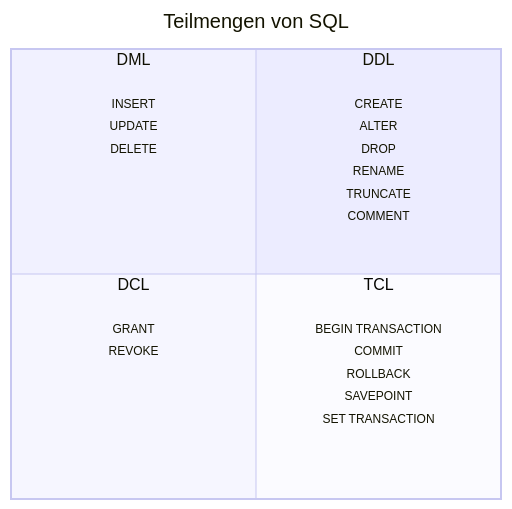
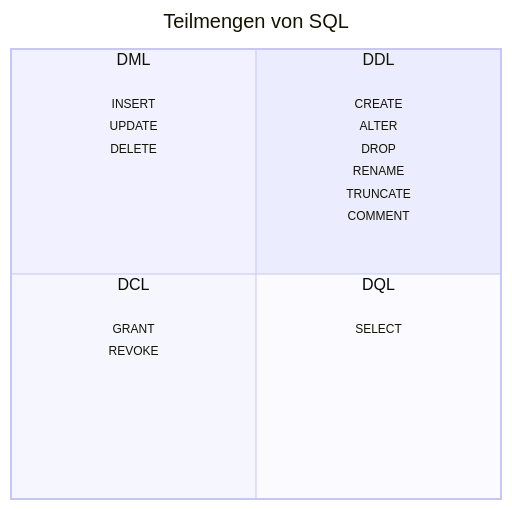
The diagram in doq/sql2.md (nevsglueckauf/2doList), drawn with Mermaid before and after one commit. The commit also changed other lines of this file and 1 other file, not shown here.

````diff
--- a/doq/sql2.md
+++ b/doq/sql2.md
@@ -3,42 +14,39 @@
 ``` mermaid
 %%{init: "quadrantChart": {"chartWidth": 1650, "chartHeight": 700}, 
          "themeVariables": {"quadrant1TextFill": "#ff0000",
                             "quadrant3TextFill": "#00ff00",
                             "quadrant3TextFill": "#ff0000",
                             "quadrant4TextFill": "#ff00ff",
                             "fillType0": "#ff00f0",
                             "fillType1": "#0000f0",
          } 
          
          
          }%%
 quadrantChart
     title Teilmengen von SQL
     quadrant-1 DDL 
     quadrant-2 DML
     quadrant-3 DCL
-    quadrant-4 TCL
+    quadrant-4 DQL
     
     INSERT: [0.25, 0.9] color: #00ff33, radius: 0
     UPDATE: [0.25, 0.85] color:  #00ff33, radius: 0
     DELETE: [0.25, 0.80] color:  #00ff33, radius: 0
 
     CREATE: [0.75, 0.9] color:  #ff0000, radius: 0
     ALTER : [0.75, 0.85] color:  #ff0000, radius: 0
     DROP: [0.75, 0.8] color:  #ff0000, radius: 0
     RENAME : [0.75, 0.75] color:  #ff0000, radius: 0
     TRUNCATE : [0.75, 0.7] color:  #ff0000, radius: 0
     COMMENT : [0.75, 0.65] color:  #ff0000, radius: 0
 
 
     GRANT : [0.25, 0.4] color: #ffffff,  radius: 0
     REVOKE: [0.25, 0.35] color: #ffffff,  radius: 0
+
+    SELECT: [0.75, 0.4] color: #ffff00, radius: 0
     
     
-    BEGIN TRANSACTION: [0.75, 0.4] color: #ffff00, radius: 0
-    COMMIT : [0.75, 0.35] color: #ffff00,  radius: 0
-    ROLLBACK: [0.75, 0.3] color: #ffff00,  radius: 0
-    SAVEPOINT : [0.75, 0.25] color: #ffff00,  radius: 0
-    SET TRANSACTION: [0.75, 0.2] color: #ffff00, radius: 0
 
 ```
````
